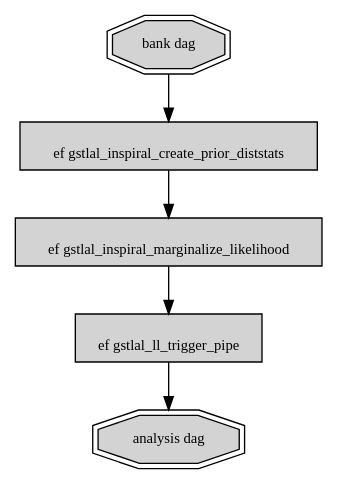
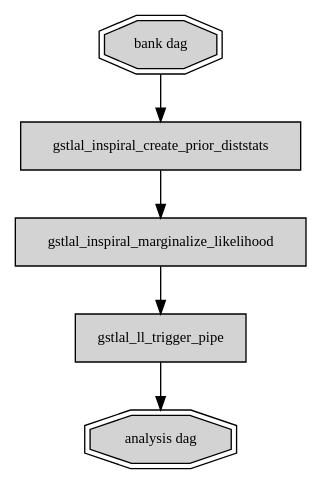
One commit to ElsevierSoftwareX/SOFTX_2020_238 changed the diagram in gstlal-inspiral/doc/pages/images/analysisgeneration.dot. Above: the diagram before and after it, drawn with Graphviz. The commit also changed 1 other file, not shown here.

Commit message:
update dot graphs for low latency doc

```diff
--- a/gstlal-inspiral/doc/pages/images/analysisgeneration.dot
+++ b/gstlal-inspiral/doc/pages/images/analysisgeneration.dot
@@ -1,14 +1,14 @@
 digraph analysis { 
         // graph attributes 
         graph [fontname="Roman", fontsize=11]; 
         edge [ fontname="Roman", fontsize=10 ]; 
         node [fontname="Roman", shape=box, fontsize=11, style=filled]; 
          
         "bank dag" [shape=doubleoctagon]; 
         "analysis dag" [shape=doubleoctagon];
-	gstlal_inspiral_create_prior_diststats [label="\ref gstlal_inspiral_create_prior_diststats"];
-        gstlal_inspiral_marginalize_likelihood [label="\ref gstlal_inspiral_marginalize_likelihood"];
-	gstlal_ll_trigger_pipe [label="\ref gstlal_ll_trigger_pipe"];
+	gstlal_inspiral_create_prior_diststats [URL="\ref gstlal_inspiral_create_prior_diststats"];
+        gstlal_inspiral_marginalize_likelihood [URL="\ref gstlal_inspiral_marginalize_likelihood"];
+	gstlal_ll_trigger_pipe [URL="\ref gstlal_ll_trigger_pipe"];
  
         "bank dag" -> gstlal_inspiral_create_prior_diststats -> gstlal_inspiral_marginalize_likelihood -> gstlal_ll_trigger_pipe -> "analysis dag" 
 }
```
